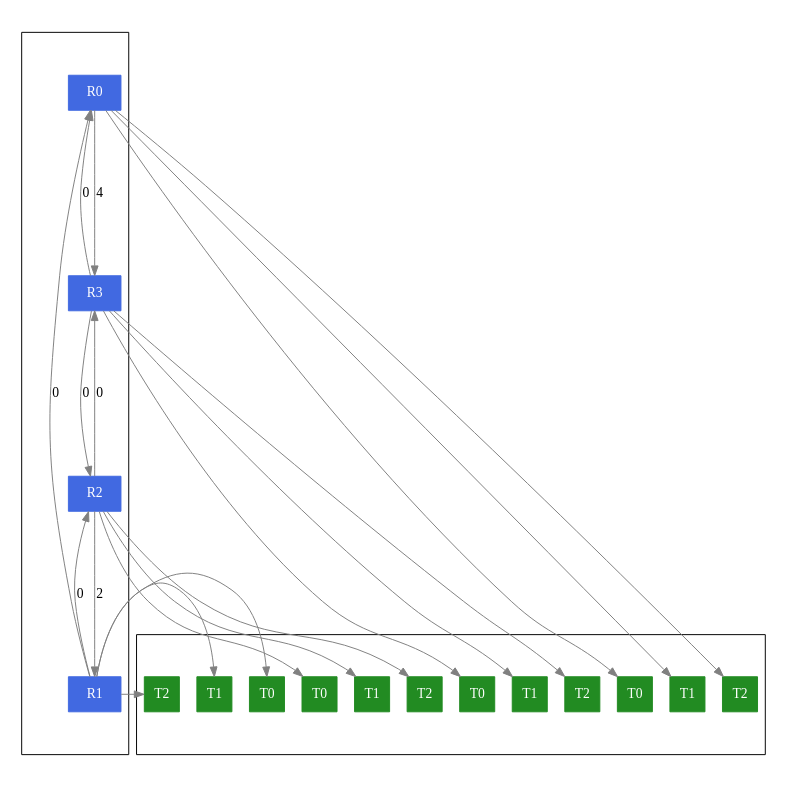
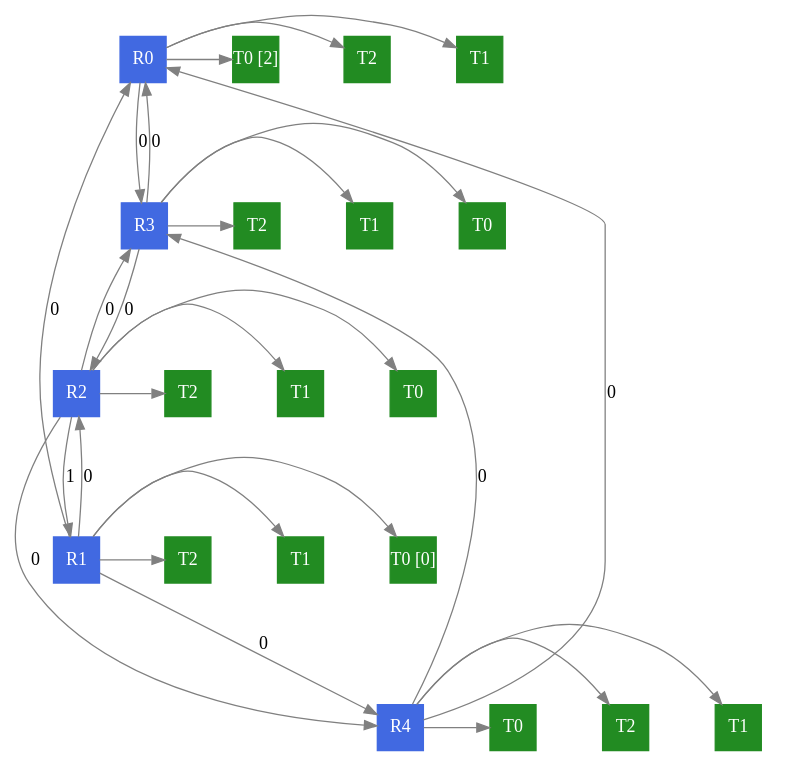
Before and after one commit to Fede108/Algoritmos-y-estructura-de-Datos: the diagram in Trabajo_Final/bin/grafo.dot, drawn with Graphviz. The commit also changed 14 other files, not shown here.

```diff
--- a/Trabajo_Final/bin/grafo.dot
+++ b/Trabajo_Final/bin/grafo.dot
@@ -1,72 +1,57 @@
 digraph G {
-    // Configuración global para aristas y dimensiones del grafo
     edge [color=gray, penwidth=1];
     size="8,8";
     ratio="fill";
-    
-    // Subgrafo para nodos de un solo dígito (configuración del "1" o estilo R)
-    subgraph cluster_singles {
-        // Estos nodos tendrán forma de recuadro, fondo lleno, color royalblue, 
-        // tamaño fijo (0.5x0.5 pulgadas) y se etiquetarán con "R" seguido de su identificador.
-        node [shape=box, style=filled, color=royalblue, fixedsize=true, fontcolor=white];
-        
-        0 [label="R0", tooltip="Este es el nodo inicial"];
+    subgraph routers {
+        node [shape=box, style=filled, color=royalblue, fixedsize=true, width=0.5, height=0.5, fontcolor=white];
+        0 [label="R0"];
         1 [label="R1"];
         2 [label="R2"];
         3 [label="R3"];
+        4 [label="R4"];
     }
-    
-    // Subgrafo para nodos de dos dígitos (configuración del "00" o estilo T)
-    subgraph cluster_doubles {
-        // Estos nodos tendrán forma de recuadro, fondo lleno, color forestgreen,
-        // tamaño fijo (0.5x0.5 pulgadas) y se etiquetarán con "T" seguido de un dígito.
-        node [shape=box, style=filled, color=forestgreen, width=0.5, height=0.5, fixedsize=true, fontcolor=white];
-        
-        00 [label="T0"];
-        10 [label="T1"];
-        20 [label="T2"];
-        01 [label="T0"];
+    subgraph terminales {
+        node [shape=box, style=filled, color=forestgreen, fixedsize=true, width=0.5, height=0.5, fontcolor=white];
+        00 [label="T0 [2]"];
+        01 [label="T1"];
+        02 [label="T2"];
+        10 [label="T0 [0]"];
         11 [label="T1"];
-        21 [label="T2"];
-        02 [label="T0"];
-        12 [label="T1"];
+        12 [label="T2"];
+        20 [label="T0"];
+        21 [label="T1"];
         22 [label="T2"];
-        03 [label="T0"];
-        13 [label="T1"];
-        23 [label="T2"];
+        30 [label="T0"];
+        31 [label="T1"];
+        32 [label="T2"];
+        40 [label="T0"];
+        41 [label="T1"];
+        42 [label="T2"];
     }
-    
-    // (Opcional) Puedes mantener el mismo orden vertical para ciertos grupos:
-   // { rank = same; 0; 1; 2; 3; }
-   // { rank = same; 00; 10; 20; }
-   // { rank = same; 01; 11; 21; }
-   // { rank = same; 02; 12; 22; }
-   // { rank = same; 03; 13; 23; }
-    
-    // Definición de las conexiones (aristas)
-    
-    0 -> 3  [label="4"];
+    0 -> 3 [label="0"];
+    1 -> 0 [label="0"];
+    1 -> 2 [label="0"];
+    1 -> 4 [label="0"];
+    2 -> 1 [label="1"];
+    2 -> 3 [label="0"];
+    2 -> 4 [label="0"];
+    3 -> 0 [label="0"];
+    3 -> 2 [label="0"];
+    4 -> 0 [label="0"];
+    4 -> 3 [label="0"];
     0 -> 00 [minlen=0.2];
-    
-    // Ejemplo de conexión con nodos dobles (se reduce la longitud)
-    0 -> 10 [minlen=0.2];
-    0 -> 20 [minlen=0.2];
-    
-    1 -> 0  [label="0"];
-    1 -> 2  [label="0"];
-    1 -> 01 [minlen=0.2];
+    0 -> 01 [minlen=0.2];
+    0 -> 02 [minlen=0.2];
+    1 -> 10 [minlen=0.2];
     1 -> 11 [minlen=0.2];
-    1 -> 21 [minlen=0.2];
-    
-    2 -> 1  [label="2"];
-    2 -> 3  [label="0"];
-    2 -> 02 [minlen=0.2];
-    2 -> 12 [minlen=0.2];
+    1 -> 12 [minlen=0.2];
+    2 -> 20 [minlen=0.2];
+    2 -> 21 [minlen=0.2];
     2 -> 22 [minlen=0.2];
-    
-    3 -> 0  [label="0"];
-    3 -> 2  [label="0"];
-    3 -> 03 [minlen=0.2];
-    3 -> 13 [minlen=0.2];
-    3 -> 23 [minlen=0.2];
+    3 -> 30 [minlen=0.2];
+    3 -> 31 [minlen=0.2];
+    3 -> 32 [minlen=0.2];
+    4 -> 40 [minlen=0.2];
+    4 -> 41 [minlen=0.2];
+    4 -> 42 [minlen=0.2];
 }
```
